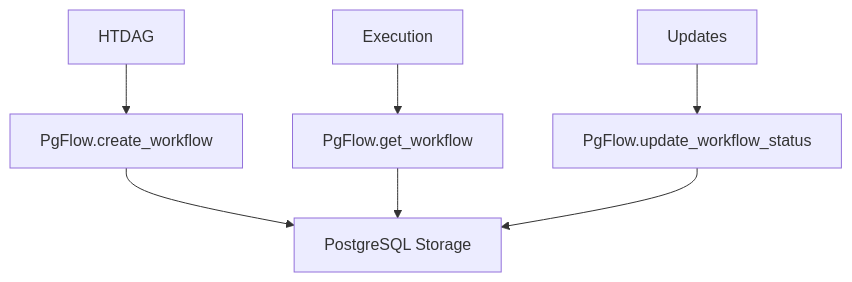
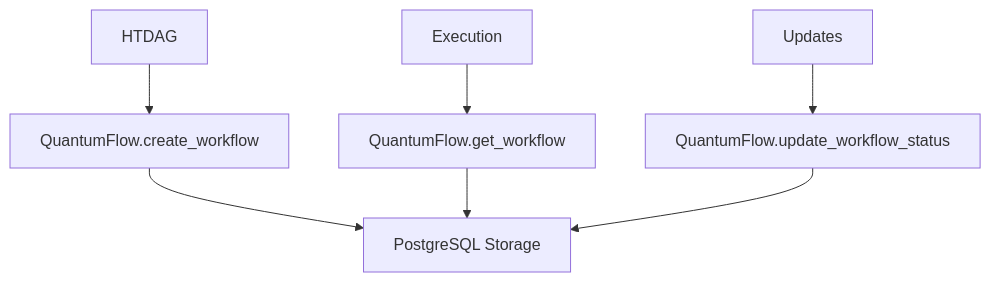
One commit to mikkihugo/ex_llm changed the second of 2 diagrams in nexus/singularity/HTDAG_OPTIMIZATION_COMPLETE.md. Above: the diagram before and after it, drawn with Mermaid. The commit also changed other lines of this file and 234 other files, not shown here.

````diff
--- a/nexus/singularity/HTDAG_OPTIMIZATION_COMPLETE.md
+++ b/nexus/singularity/HTDAG_OPTIMIZATION_COMPLETE.md
@@ -86,9 +86,9 @@
 ```mermaid
 graph TD
-    A[HTDAG] --> B[PgFlow.create_workflow]
+    A[HTDAG] --> B[QuantumFlow.create_workflow]
     B --> C[PostgreSQL Storage]
-    D[Execution] --> E[PgFlow.get_workflow]
+    D[Execution] --> E[QuantumFlow.get_workflow]
     E --> C
-    F[Updates] --> G[PgFlow.update_workflow_status]
+    F[Updates] --> G[QuantumFlow.update_workflow_status]
     G --> C
 ```
````
